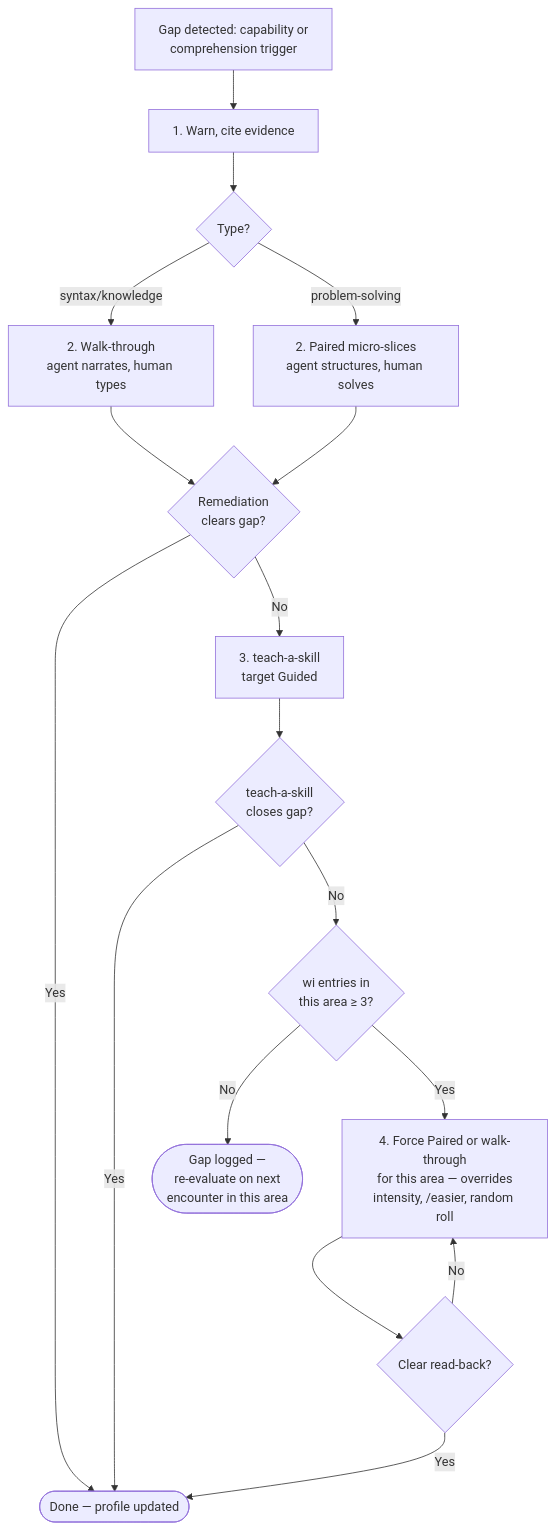
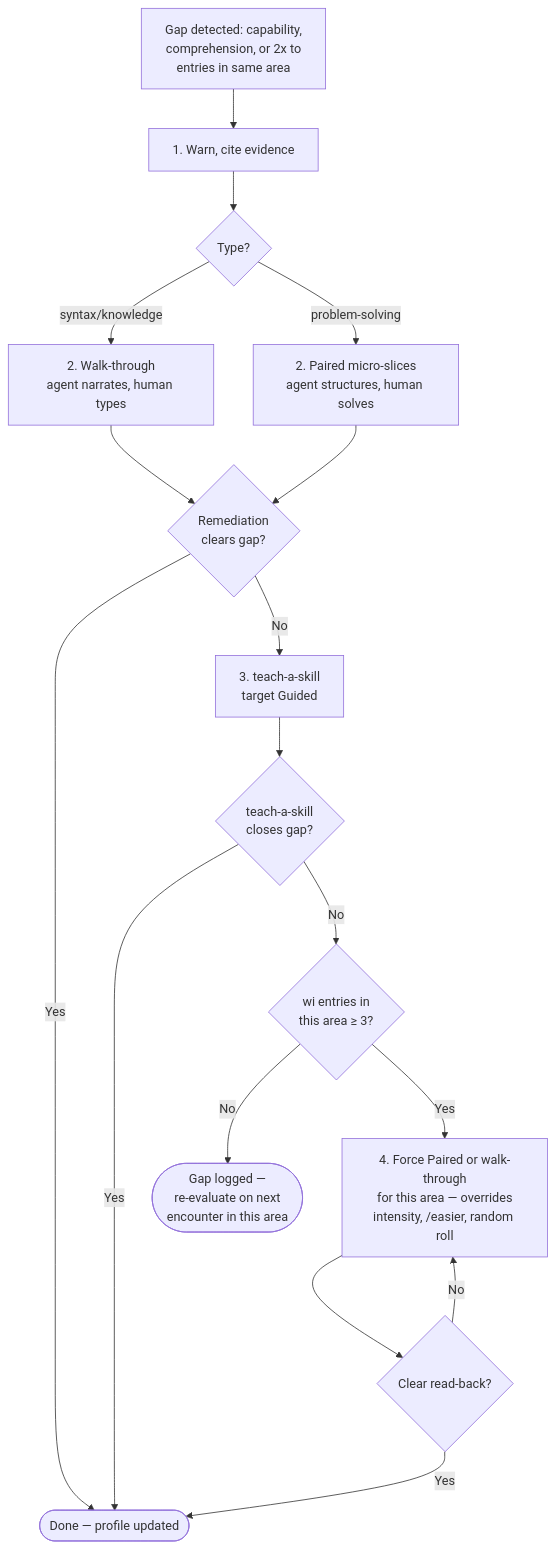
The second of 5 diagrams in skills/vibe-code-antidote/SKILL.md (MegaByteMark/skills-to-pay-the-ai-bills), drawn with Mermaid before and after one commit. The commit also changed other lines of this file and 2 other files, not shown here.

````diff
--- a/skills/vibe-code-antidote/SKILL.md
+++ b/skills/vibe-code-antidote/SKILL.md
@@ -62,19 +63,19 @@
 ```mermaid
 flowchart TD
-    GAP[Gap detected: capability or<br>comprehension trigger] --> WARN[1. Warn, cite evidence]
+    GAP[Gap detected: capability,<br>comprehension, or 2x to<br>entries in same area] --> WARN[1. Warn, cite evidence]
     WARN --> DIAG{Type?}
     DIAG -->|syntax/knowledge| WALK[2. Walk-through<br>agent narrates, human types]
     DIAG -->|problem-solving| PAIR[2. Paired micro-slices<br>agent structures, human solves]
     WALK --> CLEAR{Remediation<br>clears gap?}
     PAIR --> CLEAR
     CLEAR -->|Yes| DONE([Done — profile updated])
     CLEAR -->|No| TEACH[3. teach-a-skill<br>target Guided]
     TEACH --> LEARNED{teach-a-skill<br>closes gap?}
     LEARNED -->|Yes| DONE
     LEARNED -->|No| COUNT{wi entries in<br>this area ≥ 3?}
     COUNT -->|No| LOGGED([Gap logged —<br>re-evaluate on next<br>encounter in this area])
     COUNT -->|Yes| FORCE[4. Force Paired or walk-through<br>for this area — overrides<br>intensity, /easier, random roll]
     FORCE --> FCHECK{Clear read-back?}
     FCHECK -->|Yes| DONE
     FCHECK -->|No| FORCE
 ```
````
